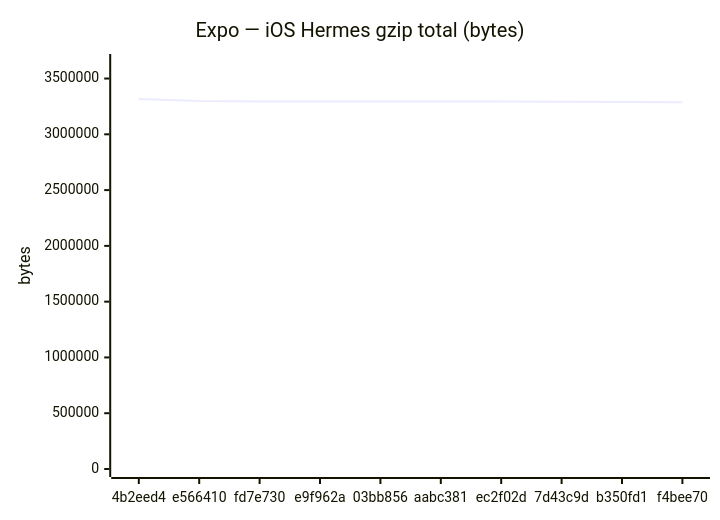
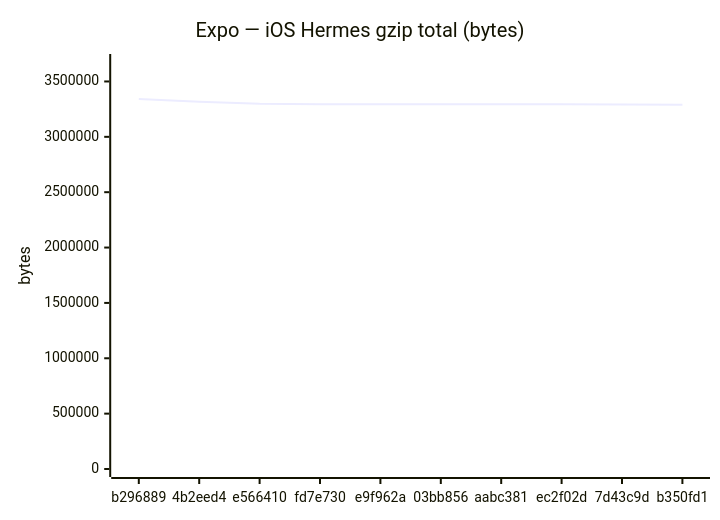
One commit to Metaheurist/Rianell changed the sixth of 18 diagrams in benchmarks/compare.md. Above: the diagram before and after it, drawn with Mermaid. The commit also changed other lines of this file and 11 other files, not shown here.

````diff
--- a/benchmarks/compare.md
+++ b/benchmarks/compare.md
@@ -96,7 +96,7 @@
 ```mermaid
 xychart-beta
     title "Expo — iOS Hermes gzip total (bytes)"
-    x-axis ["4b2eed4", "e566410", "fd7e730", "e9f962a", "03bb856", "aabc381", "ec2f02d", "7d43c9d", "b350fd1", "f4bee70"]
-    y-axis "bytes" 0 --> 3648200
-    line [3316545, 3297734, 3293199, 3293198, 3293200, 3293409, 3293314, 3291396, 3288856, 3288399]
+    x-axis ["b296889", "4b2eed4", "e566410", "fd7e730", "e9f962a", "03bb856", "aabc381", "ec2f02d", "7d43c9d", "b350fd1"]
+    y-axis "bytes" 0 --> 3675811
+    line [3341646, 3316545, 3297734, 3293199, 3293198, 3293200, 3293409, 3293314, 3291396, 3288856]
 ```
````
